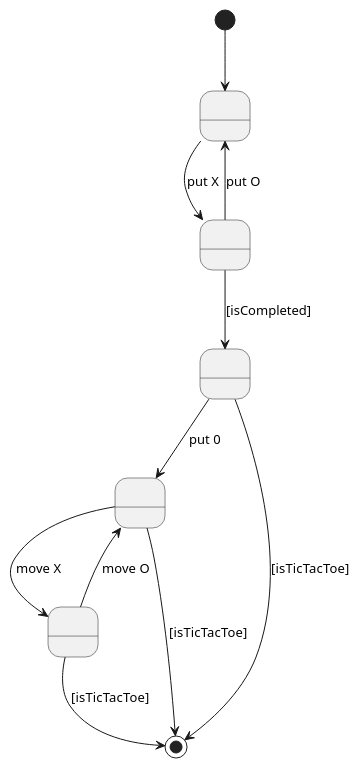
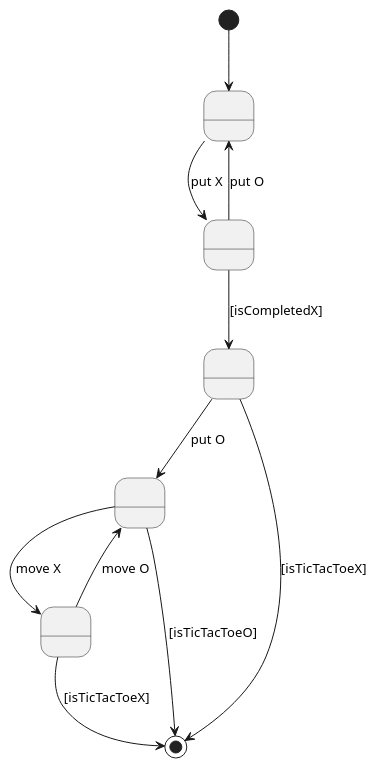
Before and after one commit to EscuelaIt/tictactoe-master-desarrollo-requirements: the fourth of 4 diagrams in docs/diagrams/src/modeloDeDominio.plantuml, drawn with PlantUML. The commit also changed other lines of this file and 4 other files, not shown here.

Commit message:
DomainModel diagrams updated

```diff
--- a/docs/diagrams/src/modeloDeDominio.plantuml
+++ b/docs/diagrams/src/modeloDeDominio.plantuml
@@ -258,19 +264,19 @@
 @startuml Instrucciones
 
 state A as " "
 state B as " "
 state C as " "
 state D as " "
 state E as " "
 [*] --> A
 A --> B: put X
 B --> A : put O
-B --> C : [isCompleted]
-C --> D : put 0
-C --> [*] : [isTicTacToe]
+B --> C : [isCompletedX]
+C --> D : put O
+C --> [*] : [isTicTacToeX]
 D --> E : move X
 E --> D : move O
-D --> [*] : [isTicTacToe]
-E --> [*] : [isTicTacToe]
+D --> [*] : [isTicTacToeO]
+E --> [*] : [isTicTacToeX]
 
 @enduml
```
